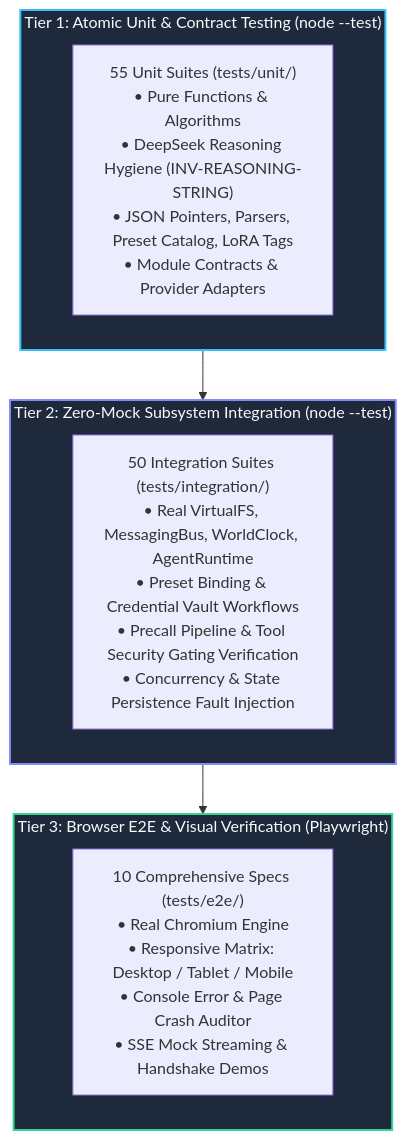
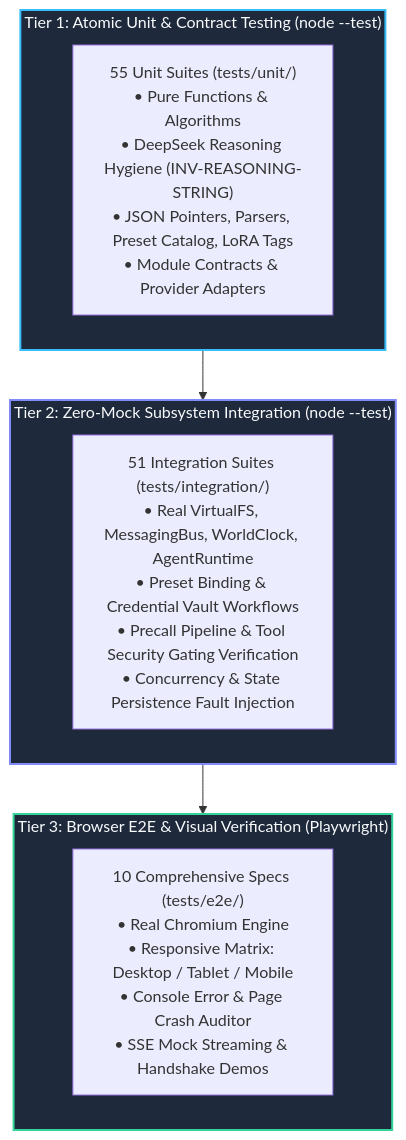
The first of 3 diagrams in docs/testing/testing_strategy.md (crestfallnafterdark/nightcurtain), drawn with Mermaid before and after one commit. The commit also changed other lines of this file and 1 other file, not shown here.

````diff
--- a/docs/testing/testing_strategy.md
+++ b/docs/testing/testing_strategy.md
@@ -15,24 +15,24 @@
 ```mermaid
 graph TD
     subgraph L3["Tier 3: Browser E2E & Visual Verification (Playwright)"]
         E2E["10 Comprehensive Specs (tests/e2e/)<br/>• Real Chromium Engine<br/>• Responsive Matrix: Desktop / Tablet / Mobile<br/>• Console Error & Page Crash Auditor<br/>• SSE Mock Streaming & Handshake Demos"]
     end
 
     subgraph L2["Tier 2: Zero-Mock Subsystem Integration (node --test)"]
-        INT["50 Integration Suites (tests/integration/)<br/>• Real VirtualFS, MessagingBus, WorldClock, AgentRuntime<br/>• Preset Binding & Credential Vault Workflows<br/>• Precall Pipeline & Tool Security Gating Verification<br/>• Concurrency & State Persistence Fault Injection"]
+        INT["51 Integration Suites (tests/integration/)<br/>• Real VirtualFS, MessagingBus, WorldClock, AgentRuntime<br/>• Preset Binding & Credential Vault Workflows<br/>• Precall Pipeline & Tool Security Gating Verification<br/>• Concurrency & State Persistence Fault Injection"]
     end
 
     subgraph L1["Tier 1: Atomic Unit & Contract Testing (node --test)"]
         UNIT["55 Unit Suites (tests/unit/)<br/>• Pure Functions & Algorithms<br/>• DeepSeek Reasoning Hygiene (INV-REASONING-STRING)<br/>• JSON Pointers, Parsers, Preset Catalog, LoRA Tags<br/>• Module Contracts & Provider Adapters"]
     end
 
     L1 --> L2
     L2 --> L3
 
     classDef l1 fill:#1e293b,stroke:#38bdf8,stroke-width:2px,color:#f8fafc;
     classDef l2 fill:#1e293b,stroke:#818cf8,stroke-width:2px,color:#f8fafc;
     classDef l3 fill:#1e293b,stroke:#34d399,stroke-width:2px,color:#f8fafc;
     class L1 l1;
     class L2 l2;
     class L3 l3;
 ```
````
